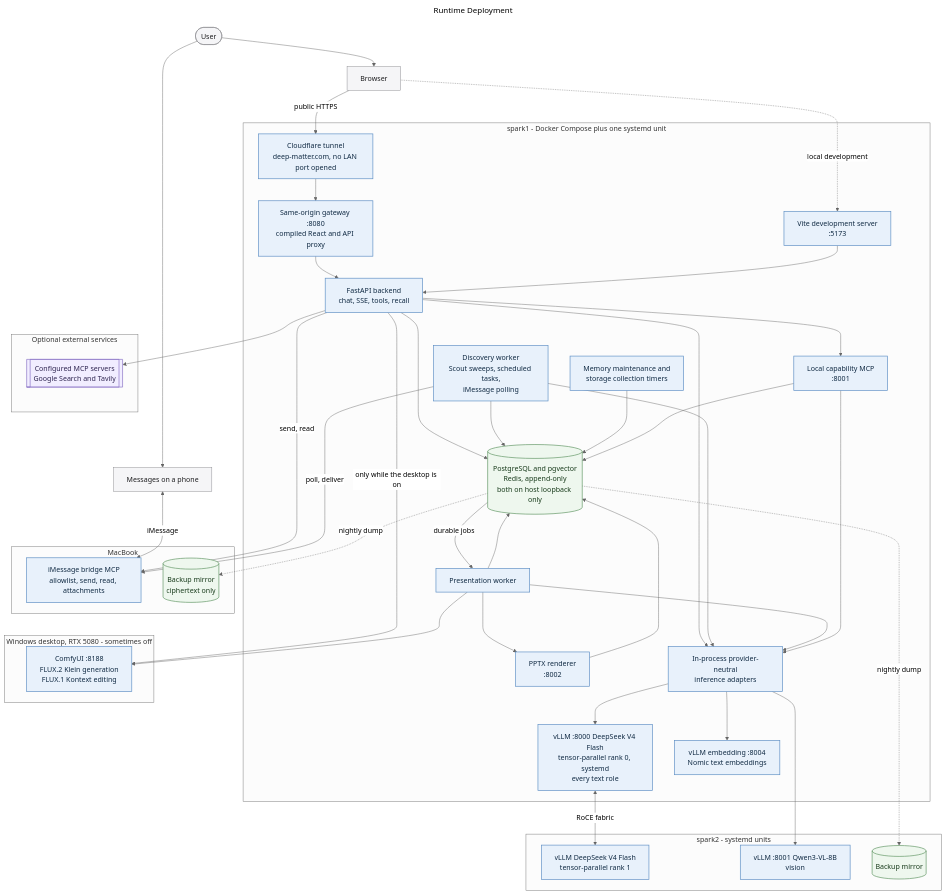
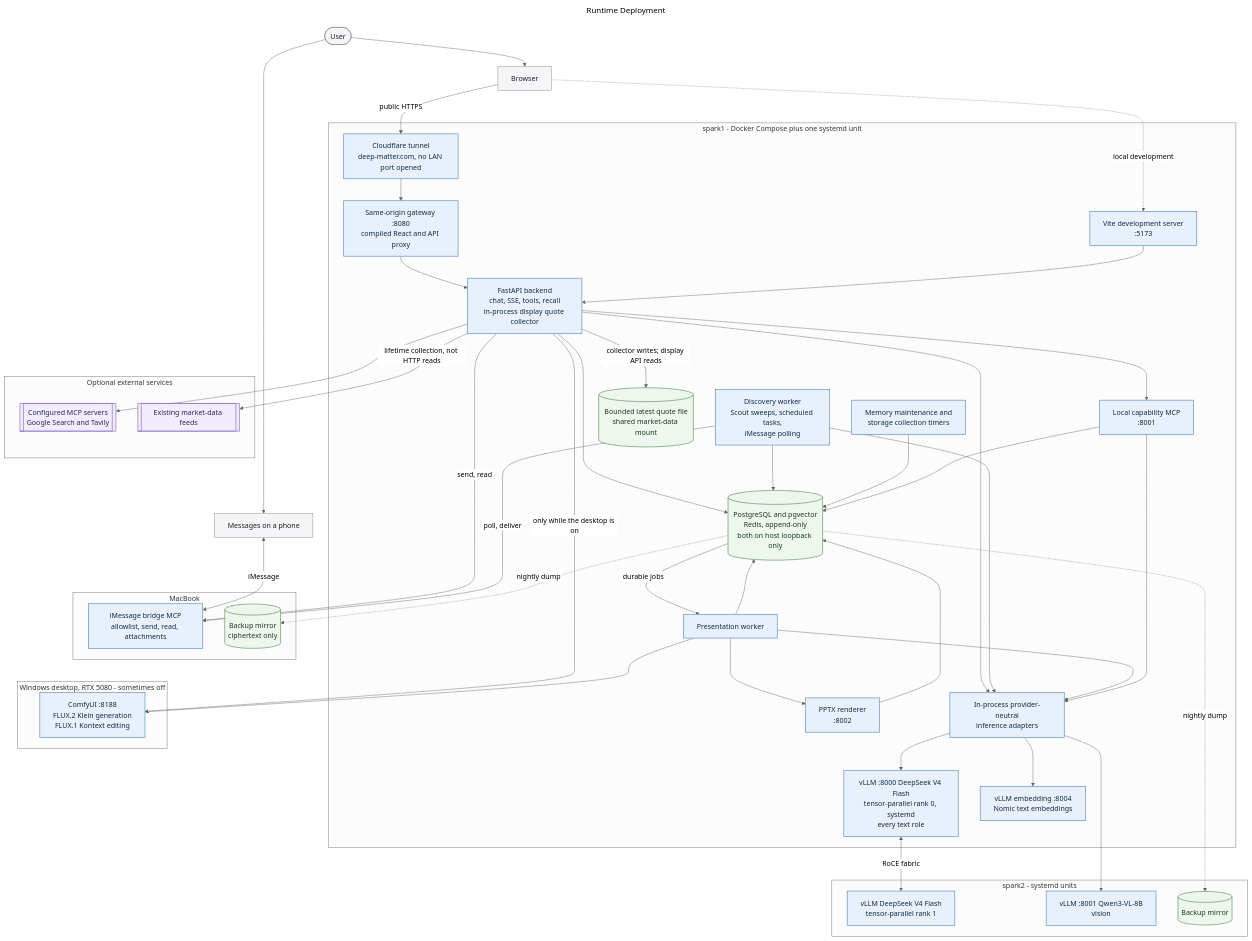
The diagram in docs/diagrams/runtime-deployment.mmd (MallyaAni/PersonalAssistant), drawn with Mermaid (neutral theme) before and after one commit. The commit also changed 33 other files, not shown here.

```diff
--- a/docs/diagrams/runtime-deployment.mmd
+++ b/docs/diagrams/runtime-deployment.mmd
@@ -1,81 +1,85 @@
 ---
 title: Runtime Deployment
 ---
 flowchart TB
     User([User]) --> Browser[Browser]
     User --> Phone[Messages on a phone]
 
     subgraph Spark1[spark1 - Docker Compose plus one systemd unit]
         Gateway[Same-origin gateway :8080<br/>compiled React and API proxy]
         Frontend[Vite development server<br/>:5173]
-        Backend[FastAPI backend<br/>chat, SSE, tools, recall]
+        Backend[FastAPI backend<br/>chat, SSE, tools, recall<br/>in-process display quote collector]
         Discovery[Discovery worker<br/>Scout sweeps, scheduled tasks,<br/>iMessage polling]
         Worker[Presentation worker]
         Maintenance[Memory maintenance and<br/>storage collection timers]
         MCP[Local capability MCP<br/>:8001]
         Renderer[PPTX renderer<br/>:8002]
         Adapters[In-process provider-neutral<br/>inference adapters]
         VLLMMain[vLLM :8000 DeepSeek V4 Flash<br/>tensor-parallel rank 0, systemd<br/>every text role]
         VLLMEmbed[vLLM embedding :8004<br/>Nomic text embeddings]
         Stores[(PostgreSQL and pgvector<br/>Redis, append-only<br/>both on host loopback only)]
+        QuoteSnapshot[(Bounded latest quote file<br/>shared market-data mount)]
         Tunnel[Cloudflare tunnel<br/>deep-matter.com, no LAN port opened]
     end
 
     subgraph Spark2[spark2 - systemd units]
         VLLMRank1[vLLM DeepSeek V4 Flash<br/>tensor-parallel rank 1]
         VLM[vLLM :8001 Qwen3-VL-8B<br/>vision]
         Mirror1[(Backup mirror)]
     end
 
     subgraph Mac[MacBook]
         Bridge[iMessage bridge MCP<br/>allowlist, send, read, attachments]
         Mirror2[(Backup mirror<br/>ciphertext only)]
     end
 
     subgraph Desktop[Windows desktop, RTX 5080 - sometimes off]
         ComfyUI[ComfyUI :8188<br/>FLUX.2 Klein generation<br/>FLUX.1 Kontext editing]
     end
 
     subgraph External[Optional external services]
         Integrations[[Configured MCP servers<br/>Google Search and Tavily]]
+        QuoteFeeds[[Existing market-data feeds]]
     end
 
     Browser -->|public HTTPS| Tunnel --> Gateway
     Browser -.->|local development| Frontend
     Phone <-->|iMessage| Bridge
     Gateway --> Backend
     Frontend --> Backend
     Backend --> Stores
     Backend --> Adapters
     Backend -->|only while the desktop is on| ComfyUI
     Backend --> MCP
     Backend --> Integrations
+    Backend -->|lifetime collection, not HTTP reads| QuoteFeeds
+    Backend -->|collector writes; display API reads| QuoteSnapshot
     Backend -->|send, read| Bridge
     Discovery -->|poll, deliver| Bridge
     Discovery --> Stores
     Discovery --> Adapters
 
     Stores -->|durable jobs| Worker
     Worker --> Stores
     Worker --> Adapters
     Worker --> ComfyUI
     Worker --> Renderer
     Renderer --> Stores
     Maintenance --> Stores
     MCP --> Stores
     MCP --> Adapters
     Adapters --> VLLMMain
     Adapters --> VLLMEmbed
     Adapters --> VLM
     VLLMMain <-->|RoCE fabric| VLLMRank1
     Stores -.->|nightly dump| Mirror1
     Stores -.->|nightly dump| Mirror2
 
     classDef user fill:#f5f5f7,stroke:#86868b,color:#1d1d1f;
     classDef process fill:#e8f1fb,stroke:#5e8fc4,color:#102a43,stroke-width:1.5px;
     classDef data fill:#eef7ee,stroke:#5f9562,color:#183b1b,stroke-width:1.5px;
     classDef external fill:#f1edff,stroke:#8872c6,color:#2e2450,stroke-width:1.5px;
     class User,Browser,Phone user;
     class Gateway,Frontend,Backend,Discovery,Worker,Maintenance,MCP,Renderer,Adapters,VLLMMain,VLLMEmbed,VLLMRank1,VLM,Bridge,ComfyUI,Tunnel process;
-    class Stores,Mirror1,Mirror2 data;
-    class Integrations external;
+    class Stores,Mirror1,Mirror2,QuoteSnapshot data;
+    class Integrations,QuoteFeeds external;
```
